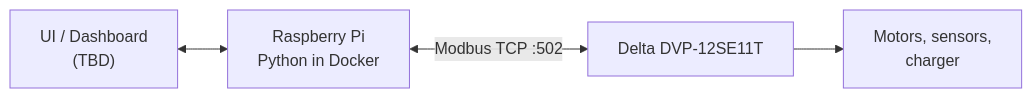
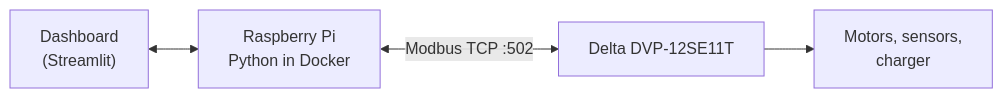
One commit to 9Take/Solar-Panel-Cleaning-Robot-via-IoT changed the second of 2 diagrams in README.md. Above: the diagram before and after it, drawn with Mermaid. The commit also changed other lines of this file and 9 other files, not shown here.

````diff
--- a/README.md
+++ b/README.md
@@ -254,6 +254,6 @@
 ```mermaid
 flowchart LR
-    UI["UI / Dashboard<br/>(TBD)"] <--> PI["Raspberry Pi<br/>Python in Docker"]
+    UI["Dashboard<br/>(Streamlit)"] <--> PI["Raspberry Pi<br/>Python in Docker"]
     PI <-->|Modbus TCP :502| PLC["Delta DVP-12SE11T"]
     PLC --> HW["Motors, sensors,<br/>charger"]
 ```
````
